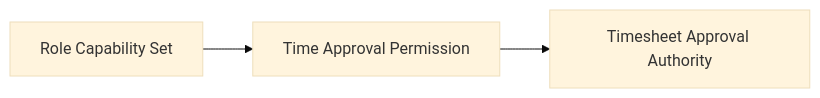
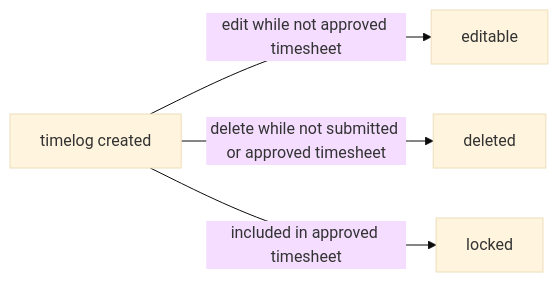
One commit to wrtnlabs/autobe-examples changed diagram 16 of 19 in openai/gpt-5.4-mini/erp/docs/analysis/02-domain-model.md. Above: the diagram before and after it, drawn with Mermaid (base theme). The commit also changed other lines of this file and 9017 other files, not shown here.

````diff
--- a/openai/gpt-5.4-mini/erp/docs/analysis/02-domain-model.md
+++ b/openai/gpt-5.4-mini/erp/docs/analysis/02-domain-model.md
@@ -316,5 +758,6 @@
 ```mermaid
 flowchart LR
-    A["Time Approval Permission"] --> B["Timesheet Approval Authority"]
-    C["Role Capability Set"] --> A
+    A["timelog created"] -->|"edit while not approved timesheet"| B["editable"]
+    A -->|"delete while not submitted or approved timesheet"| C["deleted"]
+    A -->|"included in approved timesheet"| D["locked"]
 ```
````
